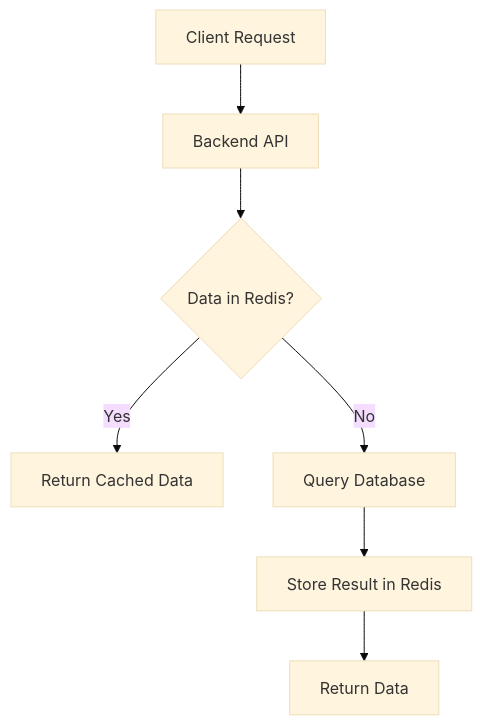
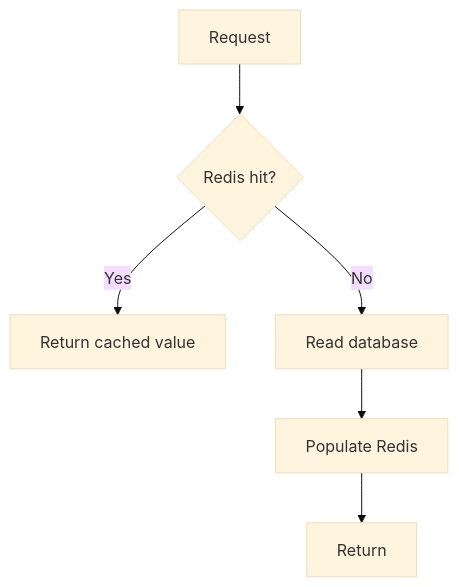
One commit to ektadubey3/backend-system-design changed the second of 4 diagrams in databases/nosql/redis.md. Above: the diagram before and after it, drawn with Mermaid (base theme). The commit also changed other lines of this file and 18 other files, not shown here.

````diff
--- a/databases/nosql/redis.md
+++ b/databases/nosql/redis.md
@@ -299,11 +157,8 @@
 ```mermaid
 flowchart TD
-    A[Client Request] --> B[Backend API]
-    B --> C{Data in Redis?}
-
-    C -->|Yes| D[Return Cached Data]
-    C -->|No| E[Query Database]
-
-    E --> F[Store Result in Redis]
-    F --> G[Return Data]
+    A[Request] --> B{Redis hit?}
+    B -->|Yes| C[Return cached value]
+    B -->|No| D[Read database]
+    D --> E[Populate Redis]
+    E --> F[Return]
 ```
````
